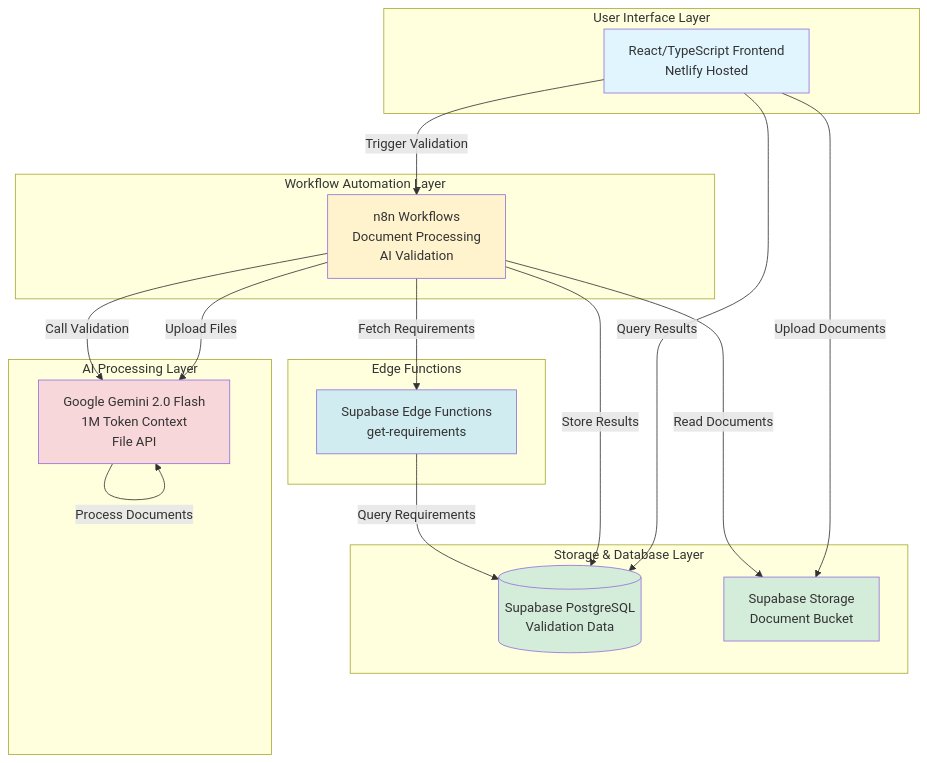
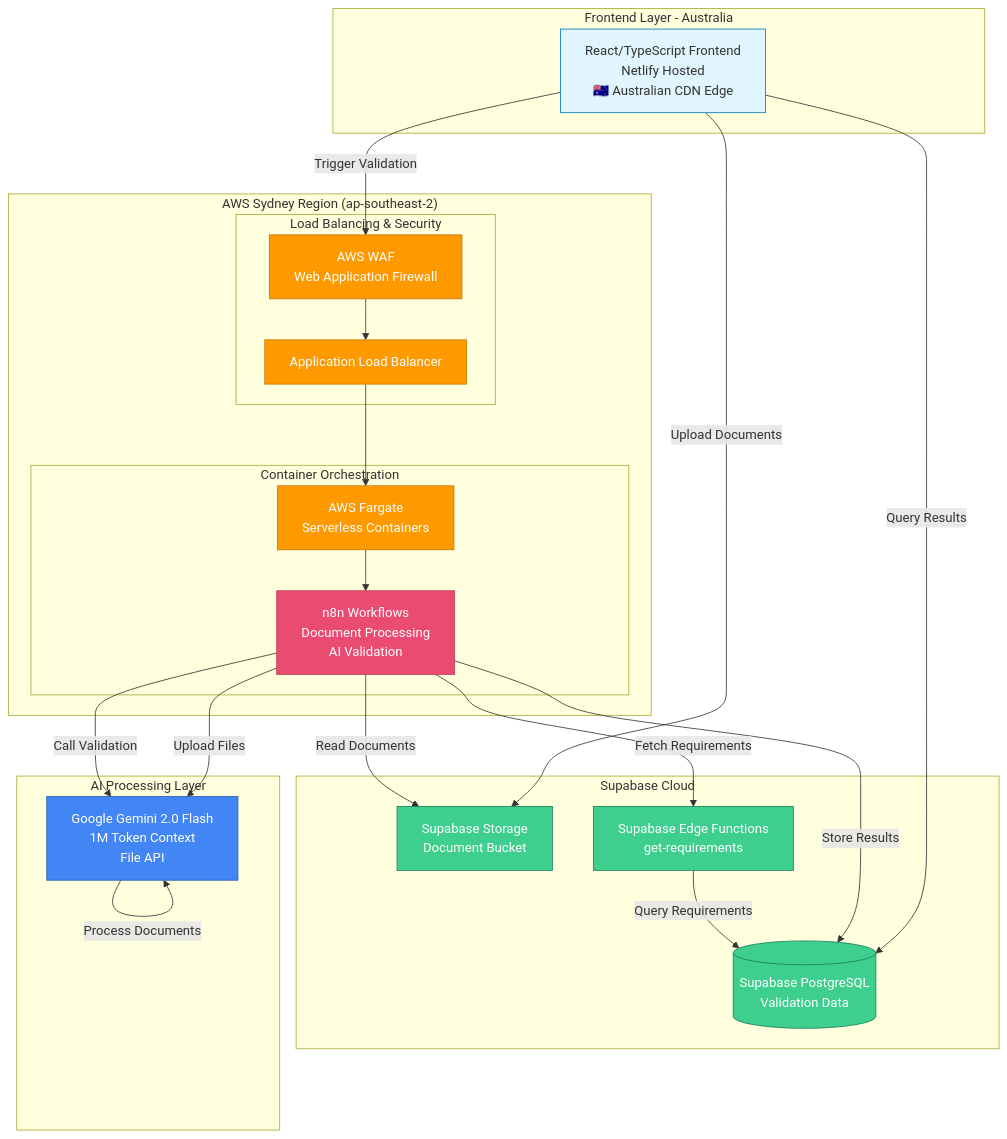
Before and after one commit to KevinDyerAU/NytroAI: the diagram in docs/diagrams/simplified-architecture.mmd, drawn with Mermaid. The commit also changed 4 other files, not shown here.

First line of the commit message:
feat: Update architecture diagrams with AWS Fargate, Netlify, and Supabase

```diff
--- a/docs/diagrams/simplified-architecture.mmd
+++ b/docs/diagrams/simplified-architecture.mmd
@@ -1,41 +1,53 @@
 graph TB
-    subgraph "User Interface Layer"
-        UI[React/TypeScript Frontend<br/>Netlify Hosted]
+    subgraph "Frontend Layer - Australia"
+        UI[React/TypeScript Frontend<br/>Netlify Hosted<br/>🇦🇺 Australian CDN Edge]
     end
     
-    subgraph "Storage & Database Layer"
+    subgraph "AWS Sydney Region (ap-southeast-2)"
+        subgraph "Container Orchestration"
+            FARGATE[AWS Fargate<br/>Serverless Containers]
+            N8N[n8n Workflows<br/>Document Processing<br/>AI Validation]
+        end
+        
+        subgraph "Load Balancing & Security"
+            ALB[Application Load Balancer]
+            WAF[AWS WAF<br/>Web Application Firewall]
+        end
+        
+        FARGATE --> N8N
+        WAF --> ALB
+        ALB --> FARGATE
+    end
+    
+    subgraph "Supabase Cloud"
         SB_DB[(Supabase PostgreSQL<br/>Validation Data)]
         SB_STORAGE[Supabase Storage<br/>Document Bucket]
-    end
-    
-    subgraph "Workflow Automation Layer"
-        N8N[n8n Workflows<br/>Document Processing<br/>AI Validation]
+        EDGE[Supabase Edge Functions<br/>get-requirements]
     end
     
     subgraph "AI Processing Layer"
         GEMINI[Google Gemini 2.0 Flash<br/>1M Token Context<br/>File API]
     end
     
-    subgraph "Edge Functions"
-        EDGE[Supabase Edge Functions<br/>get-requirements]
-    end
-    
     UI -->|Upload Documents| SB_STORAGE
-    UI -->|Trigger Validation| N8N
+    UI -->|Trigger Validation| WAF
     UI -->|Query Results| SB_DB
     
     N8N -->|Read Documents| SB_STORAGE
     N8N -->|Upload Files| GEMINI
     N8N -->|Call Validation| GEMINI
     N8N -->|Fetch Requirements| EDGE
     N8N -->|Store Results| SB_DB
     
     EDGE -->|Query Requirements| SB_DB
     GEMINI -->|Process Documents| GEMINI
     
-    style UI fill:#e1f5ff
-    style SB_DB fill:#d4edda
-    style SB_STORAGE fill:#d4edda
-    style N8N fill:#fff3cd
-    style GEMINI fill:#f8d7da
-    style EDGE fill:#d1ecf1
+    style UI fill:#e1f5ff,stroke:#0077b6
+    style SB_DB fill:#3ECF8E,stroke:#1a7f5a,color:#fff
+    style SB_STORAGE fill:#3ECF8E,stroke:#1a7f5a,color:#fff
+    style EDGE fill:#3ECF8E,stroke:#1a7f5a,color:#fff
+    style N8N fill:#EA4B71,stroke:#c13a5a,color:#fff
+    style FARGATE fill:#FF9900,stroke:#cc7a00,color:#fff
+    style ALB fill:#FF9900,stroke:#cc7a00,color:#fff
+    style WAF fill:#FF9900,stroke:#cc7a00,color:#fff
+    style GEMINI fill:#4285F4,stroke:#2a5db0,color:#fff
```
